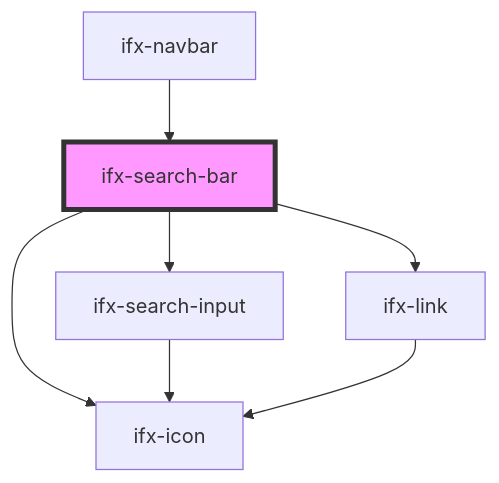
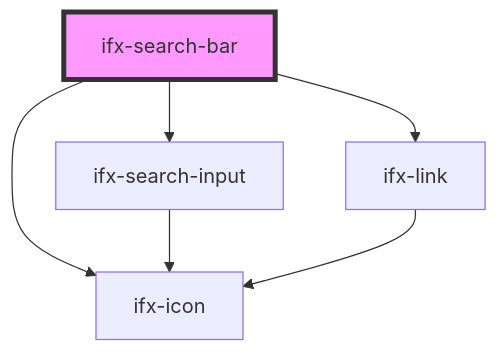
The diagram in src/components/search-bar/readme.md (Infineon/infineon-design-system-stencil), drawn with Mermaid before and after one commit. The commit also changed other lines of this file and 9 other files, not shown here.

````diff
--- a/src/components/search-bar/readme.md
+++ b/src/components/search-bar/readme.md
@@ -38,10 +35,9 @@
 ```mermaid
 graph TD;
   ifx-search-bar --> ifx-search-input
   ifx-search-bar --> ifx-icon
   ifx-search-bar --> ifx-link
   ifx-search-input --> ifx-icon
   ifx-link --> ifx-icon
-  ifx-navbar --> ifx-search-bar
   style ifx-search-bar fill:#f9f,stroke:#333,stroke-width:4px
 ```
````
